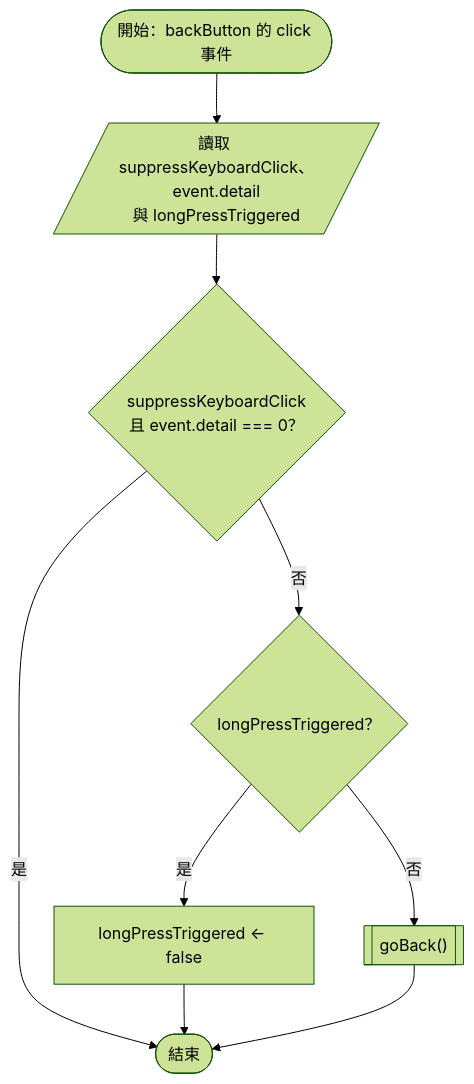
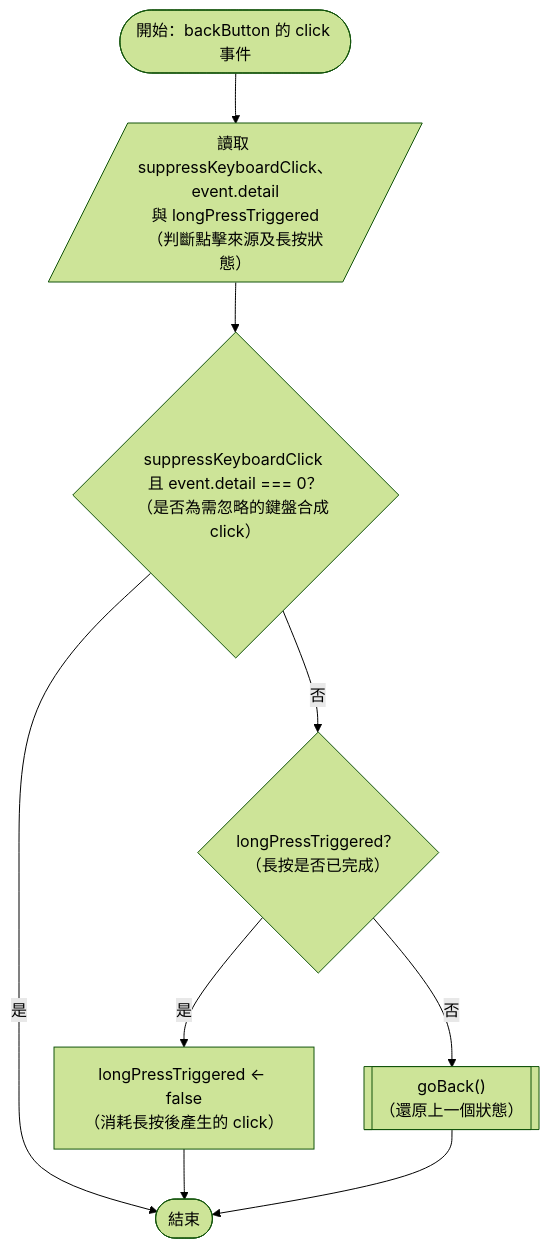
Before and after one commit to Chuen666666/hw3: the sixth of 29 diagrams in README.md, drawn with Mermaid (forest theme). The commit also changed other lines of this file and 1 other file, not shown here.

Commit message:
補充流程圖程式碼中文說明

````diff
--- a/README.md
+++ b/README.md
@@ -65,11 +65,11 @@
 ```mermaid
 flowchart TD
-    START(["開始：backButton 的 click 事件"]) --> READ[/"讀取 suppressKeyboardClick、event.detail<br/>與 longPressTriggered"/]
-    READ --> SYNTHETIC{"suppressKeyboardClick<br/>且 event.detail === 0？"}
+    START(["開始：backButton 的 click 事件"]) --> READ[/"讀取 suppressKeyboardClick、event.detail<br/>與 longPressTriggered<br/>（判斷點擊來源及長按狀態）"/]
+    READ --> SYNTHETIC{"suppressKeyboardClick 且 event.detail === 0？<br/>（是否為需忽略的鍵盤合成 click）"}
     SYNTHETIC -- "是" --> END(["結束"])
-    SYNTHETIC -- "否" --> LONG{"longPressTriggered？"}
-    LONG -- "是" --> RESET["longPressTriggered ← false"]
+    SYNTHETIC -- "否" --> LONG{"longPressTriggered？<br/>（長按是否已完成）"}
+    LONG -- "是" --> RESET["longPressTriggered ← false<br/>（消耗長按後產生的 click）"]
     RESET --> END
-    LONG -- "否" --> BACK[["goBack()"]]
+    LONG -- "否" --> BACK[["goBack()<br/>（還原上一個狀態）"]]
     BACK --> END
 ```
````
